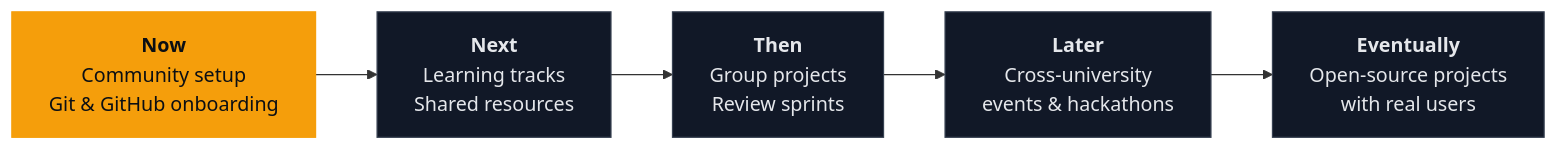
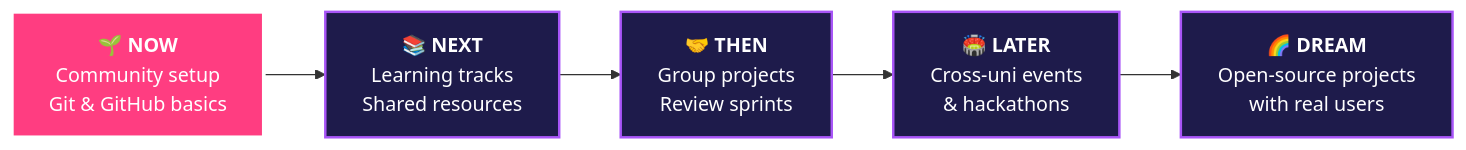
One commit to The-Bachelors/Community changed the second of 2 diagrams in README.md. Above: the diagram before and after it, drawn with Mermaid. The commit also changed other lines of this file, not shown here.

````diff
--- a/README.md
+++ b/README.md
@@ -118,12 +209,12 @@
 ```mermaid
 flowchart LR
-    A["<b>Now</b><br/>Community setup<br/>Git & GitHub onboarding"] --> B["<b>Next</b><br/>Learning tracks<br/>Shared resources"]
-    B --> C["<b>Then</b><br/>Group projects<br/>Review sprints"]
-    C --> D["<b>Later</b><br/>Cross-university<br/>events & hackathons"]
-    D --> E["<b>Eventually</b><br/>Open-source projects<br/>with real users"]
+    A["🌱 <b>NOW</b><br/>Community setup<br/>Git & GitHub basics"] --> B["📚 <b>NEXT</b><br/>Learning tracks<br/>Shared resources"]
+    B --> C["🤝 <b>THEN</b><br/>Group projects<br/>Review sprints"]
+    C --> D["🏟️ <b>LATER</b><br/>Cross-uni events<br/>& hackathons"]
+    D --> E["🌈 <b>DREAM</b><br/>Open-source projects<br/>with real users"]
 
-    classDef now fill:#f59e0b,stroke:#f59e0b,color:#0b0f14;
-    classDef rest fill:#111827,stroke:#374151,color:#e5e7eb;
+    classDef now fill:#ff3d81,stroke:#fff,color:#fff,stroke-width:3px;
+    classDef rest fill:#1e1b4b,stroke:#a855f7,color:#fff,stroke-width:2px;
     class A now;
     class B,C,D,E rest;
 ```
````
